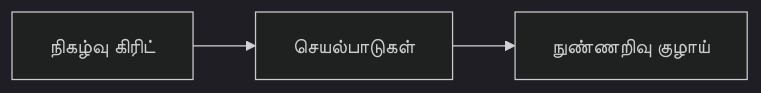
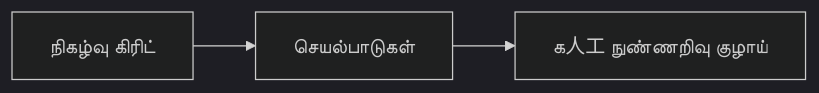
Before and after one commit to microsoft/AZD-for-beginners: the second of 2 diagrams in translations/ta/docs/chapter-08-production/README.md, drawn with Mermaid (dark theme). The commit also changed other lines of this file and 61 other files, not shown here.

````diff
--- a/translations/ta/docs/chapter-08-production/README.md
+++ b/translations/ta/docs/chapter-08-production/README.md
@@ -57,4 +57,4 @@
 ```mermaid
 graph LR
-    EventGrid[நிகழ்வு கிரிட்] --> Functions[செயல்பாடுகள்] --> Pipeline[நுண்ணறிவு குழாய்]
+    EventGrid[நிகழ்வு கிரிட்] --> Functions[செயல்பாடுகள்] --> Pipeline[க人工 நுண்ணறிவு குழாய்]
 ```
````
